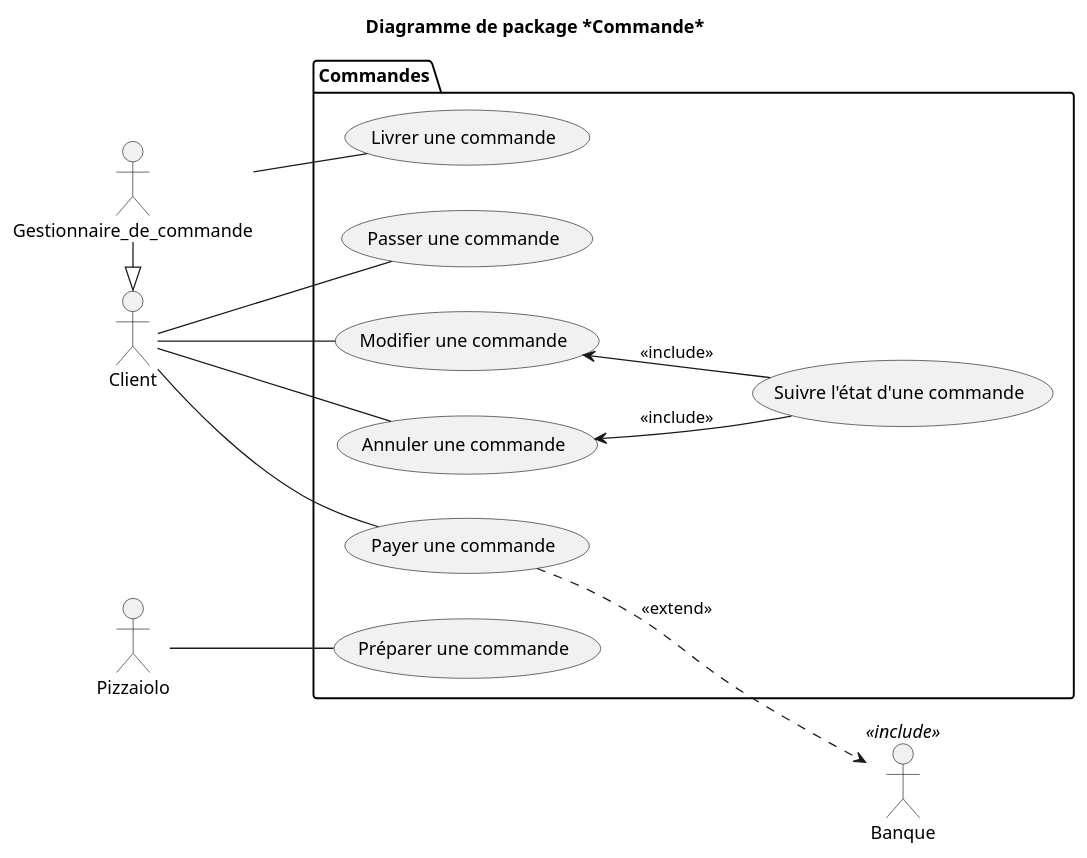
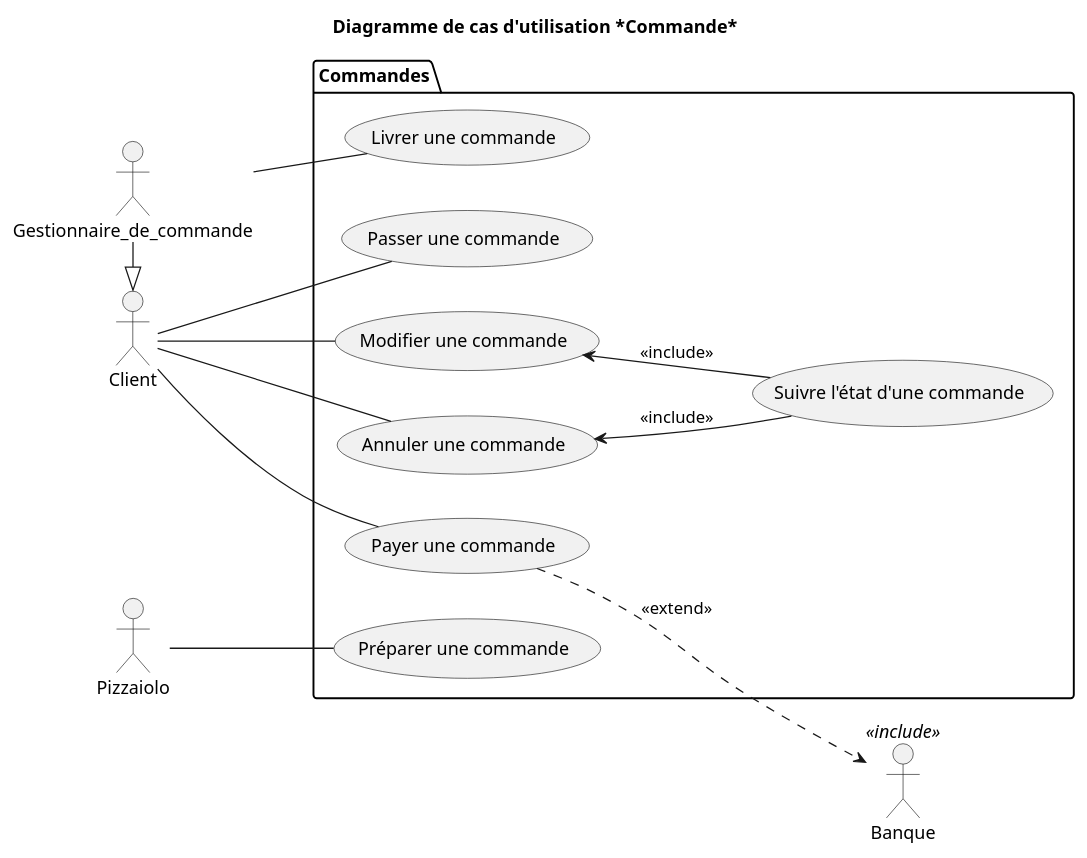
One commit to Zepmanbc/oc_dapython_pr4 changed the diagram in v3/uml/03_commande.puml. Above: the diagram before and after it, drawn with PlantUML. The commit also changed 1 other file, not shown here.

Commit message:
titre uc commande

```diff
--- a/v3/uml/03_commande.puml
+++ b/v3/uml/03_commande.puml
@@ -1,36 +1,36 @@
 @startuml 03_commande
-title Diagramme de package *Commande*
+title Diagramme de cas d'utilisation *Commande*
 
 actor Gestionnaire_de_commande as GESTCMD
 actor Client as CUSTOMER
 actor Banque <<include>> as BANK
 actor Pizzaiolo as PZLO
 
 package Commandes{
     left to right direction
     (Passer une commande) as CREATE_CMD
     (Préparer une commande) as MAKE_CMD
     (Livrer une commande) as DELIVER_CMD
     (Modifier une commande) as MODIFY_CMD
     (Annuler une commande) as CANCEL_CMD
     (Suivre l'état d'une commande) as FOLLOW_CMD
     (Payer une commande) as PAY_CMD
 }
 
 MODIFY_CMD <-- FOLLOW_CMD: <<include>>
 CANCEL_CMD <-- FOLLOW_CMD: <<include>>
 
 CUSTOMER -- CREATE_CMD
 CUSTOMER -- MODIFY_CMD
 CUSTOMER -- CANCEL_CMD
 CUSTOMER -- PAY_CMD
 
 GESTCMD -- DELIVER_CMD
 
 PAY_CMD ..> BANK: <<extend>>
 
 PZLO -- MAKE_CMD
 
 GESTCMD -|> CUSTOMER
 
 @enduml
```
